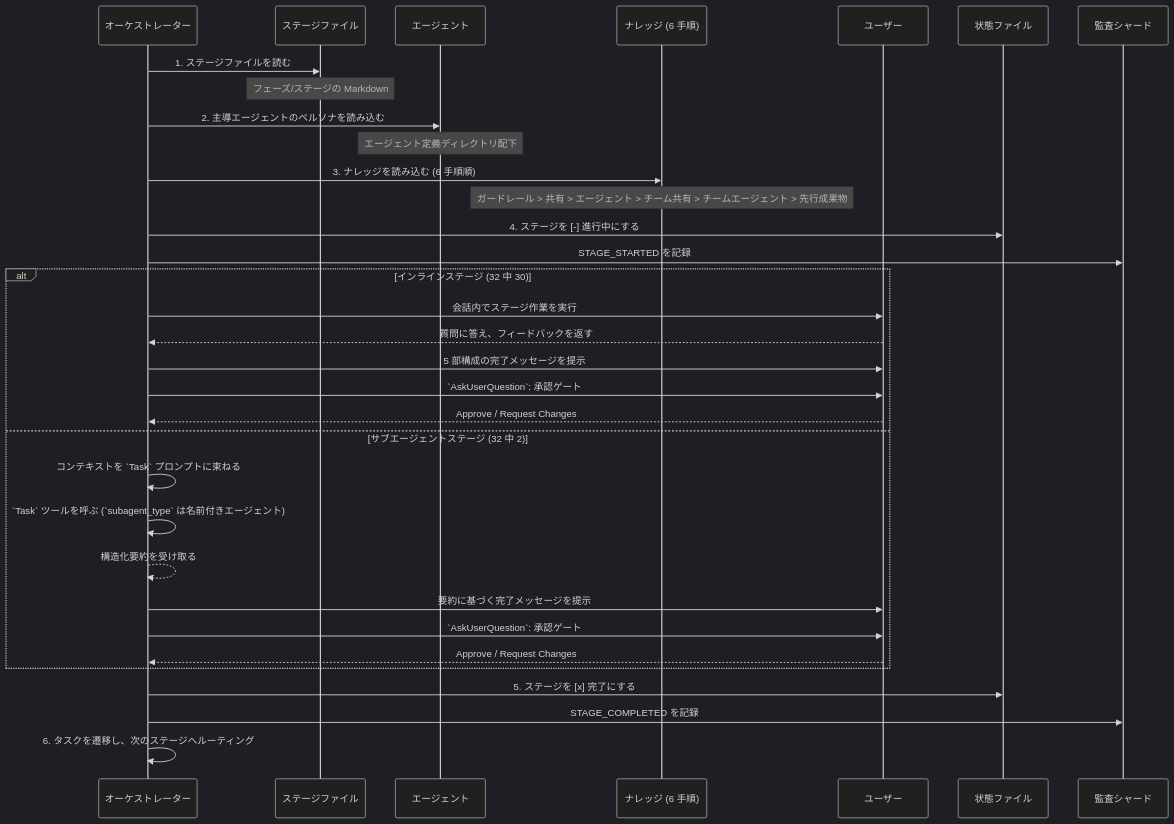
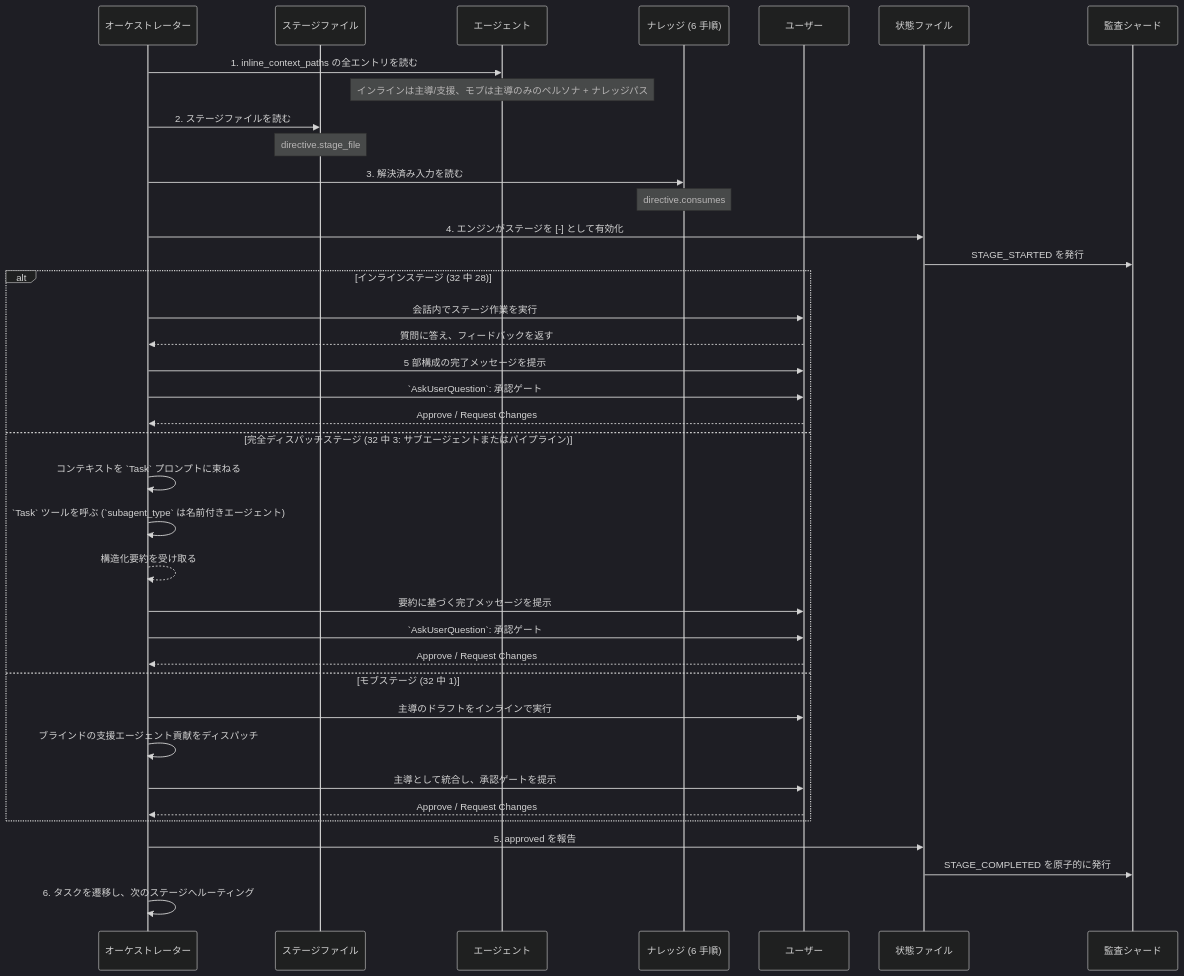
Before and after one commit to otomatty/aidlc-workflows-docs: the second of 4 diagrams in docs/reference/03-orchestrator.mdx, drawn with Mermaid (dark theme). The commit also changed other lines of this file and 71 other files, not shown here.

````diff
--- a/docs/reference/03-orchestrator.mdx
+++ b/docs/reference/03-orchestrator.mdx
@@ -333,41 +333,46 @@
 ```mermaid
 sequenceDiagram
     participant O as オーケストレーター
     participant SF as ステージファイル
     participant A as エージェント
     participant K as ナレッジ (6 手順)
     participant U as ユーザー
     participant S as 状態ファイル
     participant AU as 監査シャード
 
-    O->>SF: 1. ステージファイルを読む
-    Note over SF: フェーズ/ステージの Markdown
+    O->>A: 1. inline_context_paths の全エントリを読む
+    Note over A: インラインは主導/支援、モブは主導のみのペルソナ + ナレッジパス
 
-    O->>A: 2. 主導エージェントのペルソナを読み込む
-    Note over A: エージェント定義ディレクトリ配下
+    O->>SF: 2. ステージファイルを読む
+    Note over SF: directive.stage_file
 
-    O->>K: 3. ナレッジを読み込む (6 手順順)
-    Note over K: ガードレール > 共有 > エージェント > チーム共有 > チームエージェント > 先行成果物
+    O->>K: 3. 解決済み入力を読む
+    Note over K: directive.consumes
 
-    O->>S: 4. ステージを [-] 進行中にする
-    O->>AU: STAGE_STARTED を記録
+    O->>S: 4. エンジンがステージを [-] として有効化
+    S->>AU: STAGE_STARTED を発行
 
-    alt インラインステージ (32 中 30)
+    alt インラインステージ (32 中 28)
         O->>U: 会話内でステージ作業を実行
         U-->>O: 質問に答え、フィードバックを返す
         O->>U: 5 部構成の完了メッセージを提示
         O->>U: `AskUserQuestion`: 承認ゲート
         U-->>O: Approve / Request Changes
-    else サブエージェントステージ (32 中 2)
+    else 完全ディスパッチステージ (32 中 3: サブエージェントまたはパイプライン)
         O->>O: コンテキストを `Task` プロンプトに束ねる
         O->>O: `Task` ツールを呼ぶ (`subagent_type` は名前付きエージェント)
         O-->>O: 構造化要約を受け取る
         O->>U: 要約に基づく完了メッセージを提示
         O->>U: `AskUserQuestion`: 承認ゲート
         U-->>O: Approve / Request Changes
+    else モブステージ (32 中 1)
+        O->>U: 主導のドラフトをインラインで実行
+        O->>O: ブラインドの支援エージェント貢献をディスパッチ
+        O->>U: 主導として統合し、承認ゲートを提示
+        U-->>O: Approve / Request Changes
     end
 
-    O->>S: 5. ステージを [x] 完了にする
-    O->>AU: STAGE_COMPLETED を記録
+    O->>S: 5. approved を報告
+    S->>AU: STAGE_COMPLETED を原子的に発行
     O->>O: 6. タスクを遷移し、次のステージへルーティング
 ```
````
